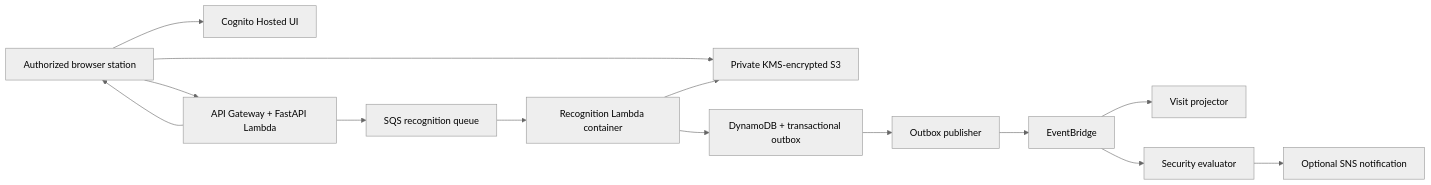
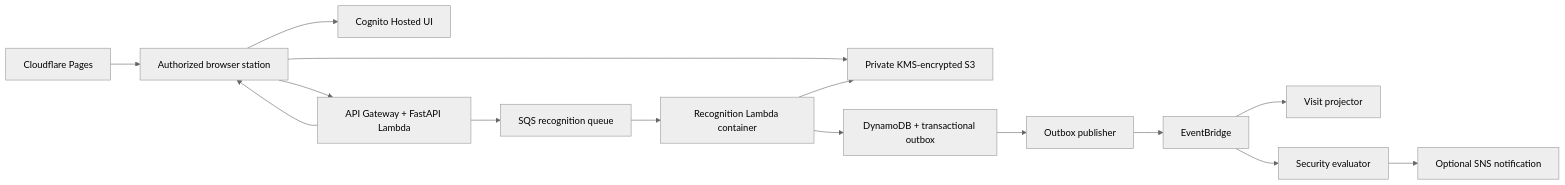
Before and after one commit to manynames3/gatesight: the diagram in README.md, drawn with Mermaid (neutral theme). The commit also changed other lines of this file, not shown here.

````diff
--- a/README.md
+++ b/README.md
@@ -147,16 +180,17 @@
 ```mermaid
 flowchart LR
-    Browser["Authorized browser station"] --> Cognito["Cognito Hosted UI"]
+    Pages["Cloudflare Pages"] --> Browser["Authorized browser station"]
+    Browser --> Cognito["Cognito Hosted UI"]
     Browser --> API["API Gateway + FastAPI Lambda"]
     API --> Browser
     Browser --> S3["Private KMS-encrypted S3"]
     API --> SQS["SQS recognition queue"]
     SQS --> Worker["Recognition Lambda container"]
     Worker --> S3
     Worker --> DDB["DynamoDB + transactional outbox"]
     DDB --> Publisher["Outbox publisher"]
     Publisher --> Bus["EventBridge"]
     Bus --> Visit["Visit projector"]
     Bus --> Security["Security evaluator"]
     Security --> SNS["Optional SNS notification"]
 ```
````
